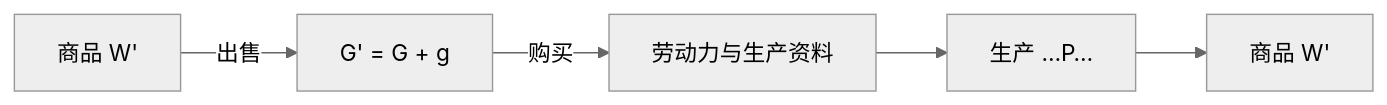
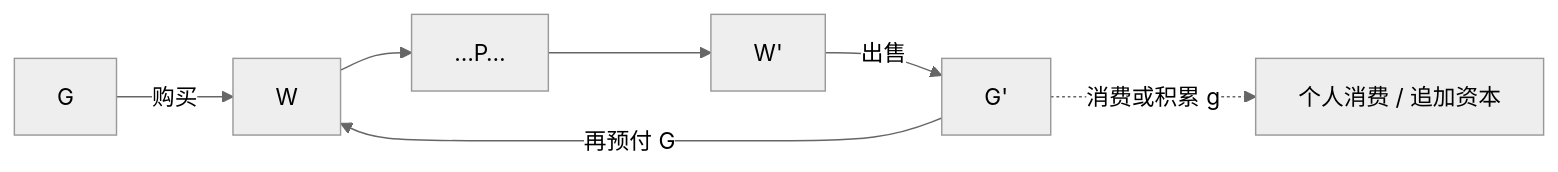
The second of 3 diagrams in content/故事/资本论-第二卷/资本形态变化及其循环.md (zeroDtree/zeroDtree.github.io), drawn with Mermaid (neutral theme) before and after one commit. The commit also changed other lines of this file and 8 other files, not shown here.

````diff
--- a/content/故事/资本论-第二卷/资本形态变化及其循环.md
+++ b/content/故事/资本论-第二卷/资本形态变化及其循环.md
@@ -220,7 +96,9 @@
 ```mermaid
 flowchart LR
- Wp["商品 W'"] -->|出售| Gp["G' = G + g"]
- Gp -->|购买| Elem["劳动力与生产资料"]
- Elem --> P["生产 …P…"]
- P --> Wp2["商品 W'"]
+    G["G"] -->|购买| W["W"]
+    W --> P["…P…"]
+    P --> Wp["W'"]
+    Wp -->|出售| Gp["G'"]
+    Gp -->|再预付 G| W
+    Gp -.->|消费或积累 g| Out["个人消费 / 追加资本"]
 ```
````
